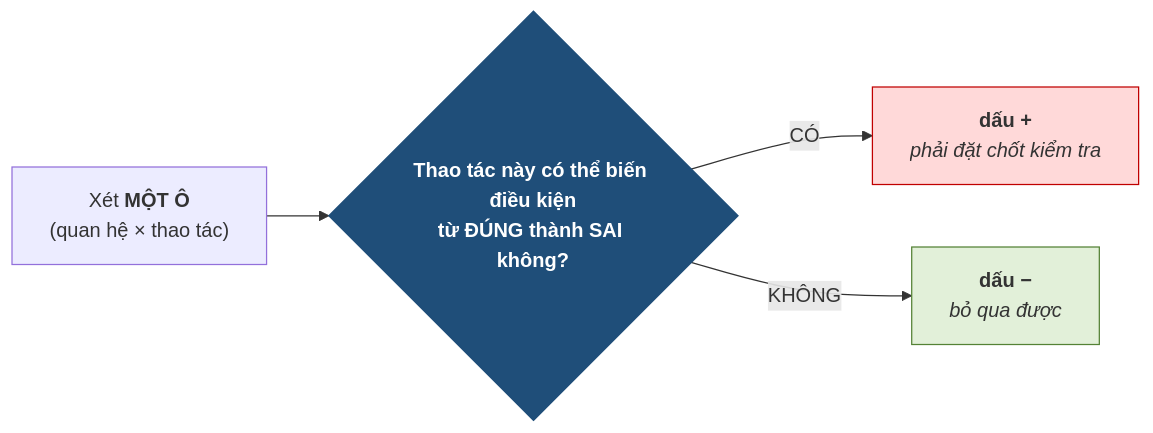
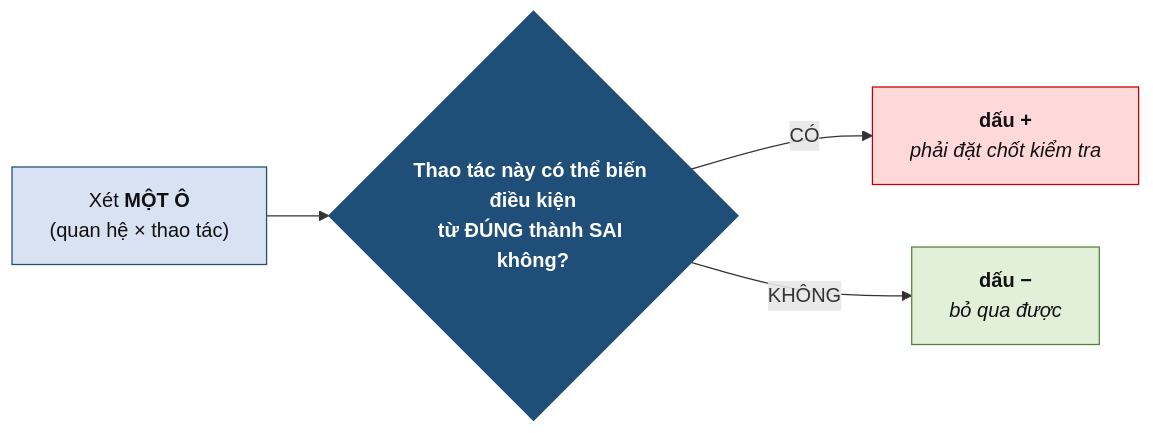
Before and after one commit to CuongNguyenDAU/csdl-dbs201: the first of 2 diagrams in docs/chuong-4/4-3-lap-bang-tam-anh-huong.md, drawn with Mermaid. The commit also changed other lines of this file and 123 other files, not shown here.

Commit message:
Cập nhật bài giảng v7: sơ đồ ER ký pháp Chen, hình minh họa tự vẽ, mở rộng toàn diện Chương 5 và bổ sung lời giải A4, B5

````diff
--- a/docs/chuong-4/4-3-lap-bang-tam-anh-huong.md
+++ b/docs/chuong-4/4-3-lap-bang-tam-anh-huong.md
@@ -23,10 +23,11 @@
 ```mermaid
 flowchart LR
     C["Xét <b>MỘT Ô</b><br/>(quan hệ × thao tác)"]
     C --> Q{"<b>Thao tác này có thể biến điều kiện<br/>từ ĐÚNG thành SAI không?</b>"}
     Q -->|"CÓ"| P["<b>dấu +</b><br/><i>phải đặt chốt kiểm tra</i>"]
     Q -->|"KHÔNG"| M["<b>dấu −</b><br/><i>bỏ qua được</i>"]
-    style Q fill:#1F4E79,color:#fff,stroke:#1F4E79,stroke-width:2px
-    style P fill:#FFD9D9,stroke:#C00000
-    style M fill:#E2F0D9,stroke:#548235
+    style C fill:#D9E2F3,stroke:#1F4E79,color:#111111
+    style Q fill:#1F4E79,color:#ffffff,stroke:#1F4E79,stroke-width:2px
+    style P fill:#FFD9D9,stroke:#C00000,color:#111111
+    style M fill:#E2F0D9,stroke:#548235,color:#111111
 ```
````
